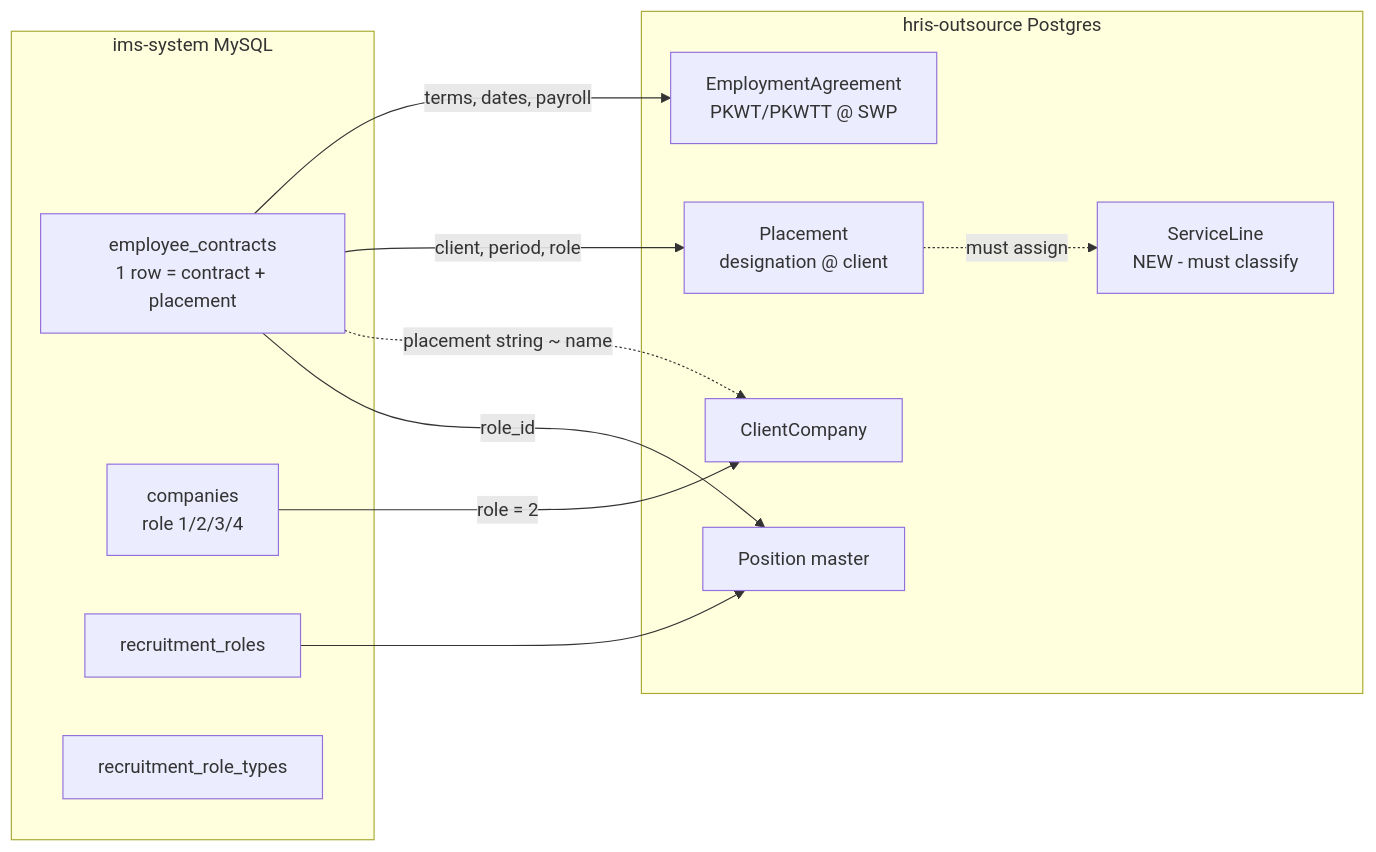
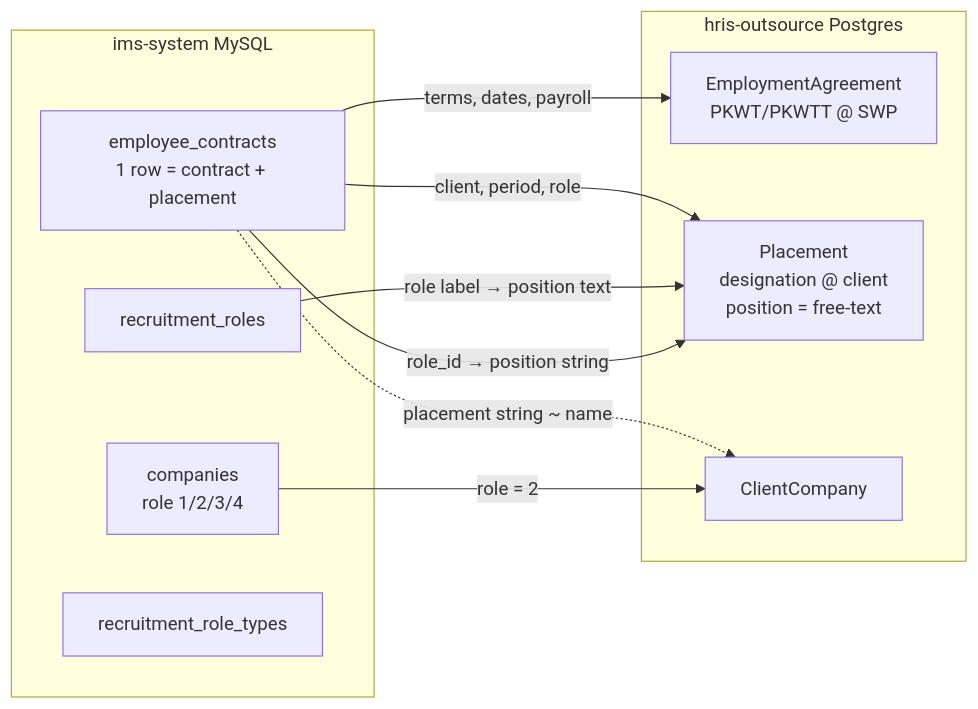
One commit to hariszaki17/hris-outsource changed the diagram in docs/epics/E3-placement/DATA-MAPPING.md. Above: the diagram before and after it, drawn with Mermaid. The commit also changed other lines of this file and 239 other files, not shown here.

First line of the commit message:
feat!: remove service line concept end-to-end

````diff
--- a/docs/epics/E3-placement/DATA-MAPPING.md
+++ b/docs/epics/E3-placement/DATA-MAPPING.md
@@ -12,23 +12,20 @@
 ```mermaid
 flowchart LR
     subgraph LEGACY[ims-system MySQL]
         EC[employee_contracts<br/>1 row = contract + placement]
         CO[companies<br/>role 1/2/3/4]
         RR[recruitment_roles]
         RT[recruitment_role_types]
     end
     subgraph NEW[hris-outsource Postgres]
         EA[EmploymentAgreement<br/>PKWT/PKWTT @ SWP]
-        PL[Placement<br/>designation @ client]
+        PL[Placement<br/>designation @ client<br/>position = free-text]
         CC[ClientCompany]
-        PO[Position master]
-        SL[ServiceLine<br/>NEW - must classify]
     end
     EC -->|terms, dates, payroll| EA
     EC -->|client, period, role| PL
     EC -.->|placement string ~ name| CC
     CO -->|role = 2| CC
-    RR --> PO
-    EC -->|role_id| PO
-    PL -.->|must assign| SL
+    RR -->|role label → position text| PL
+    EC -->|role_id → position string| PL
 ```
````
